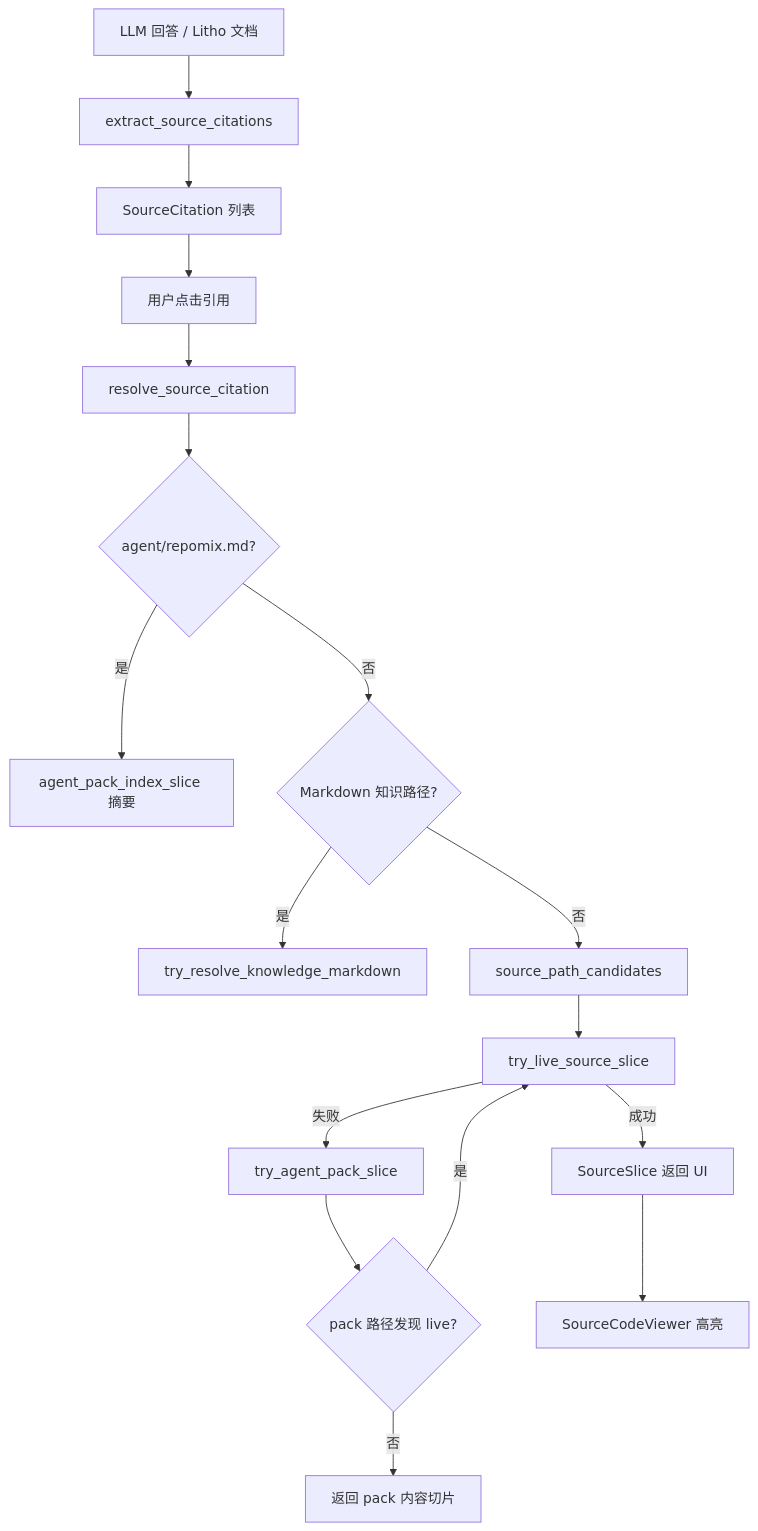
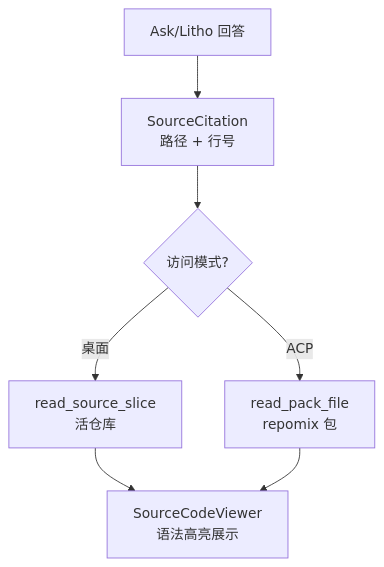
The diagram in .terrain/human/4.Deep-Exploration/源码引用.md (sopaco/terrain), drawn with Mermaid before and after one commit. The commit also changed other lines of this file and 79 other files, not shown here.

````diff
--- a/.terrain/human/4.Deep-Exploration/源码引用.md
+++ b/.terrain/human/4.Deep-Exploration/源码引用.md
@@ -48,19 +34,9 @@
 ```mermaid
 flowchart TD
-    A["LLM 回答 / Litho 文档"] --> B["extract_source_citations"]
-    B --> C["SourceCitation 列表"]
-    C --> D["用户点击引用"]
-    D --> E["resolve_source_citation"]
-    E --> F{agent/repomix.md?}
-    F -->|是| G["agent_pack_index_slice 摘要"]
-    F -->|否| H{Markdown 知识路径?}
-    H -->|是| I["try_resolve_knowledge_markdown"]
-    H -->|否| J["source_path_candidates"]
-    J --> K["try_live_source_slice"]
-    K -->|成功| L["SourceSlice 返回 UI"]
-    K -->|失败| M["try_agent_pack_slice"]
-    M --> N{pack 路径发现 live?}
-    N -->|是| K
-    N -->|否| O["返回 pack 内容切片"]
-    L --> P["SourceCodeViewer 高亮"]
+    A["Ask/Litho 回答"] --> B["SourceCitation<br/>路径 + 行号"]
+    B --> C{"访问模式?"}
+    C -->|桌面| D["read_source_slice<br/>活仓库"]
+    C -->|ACP| E["read_pack_file<br/>repomix 包"]
+    D --> F["SourceCodeViewer<br/>语法高亮展示"]
+    E --> F
 ```
````
